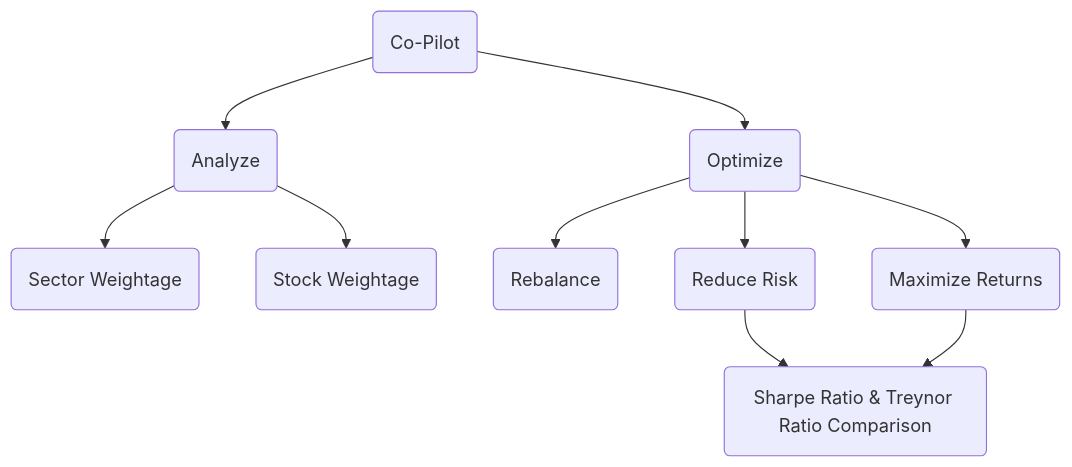
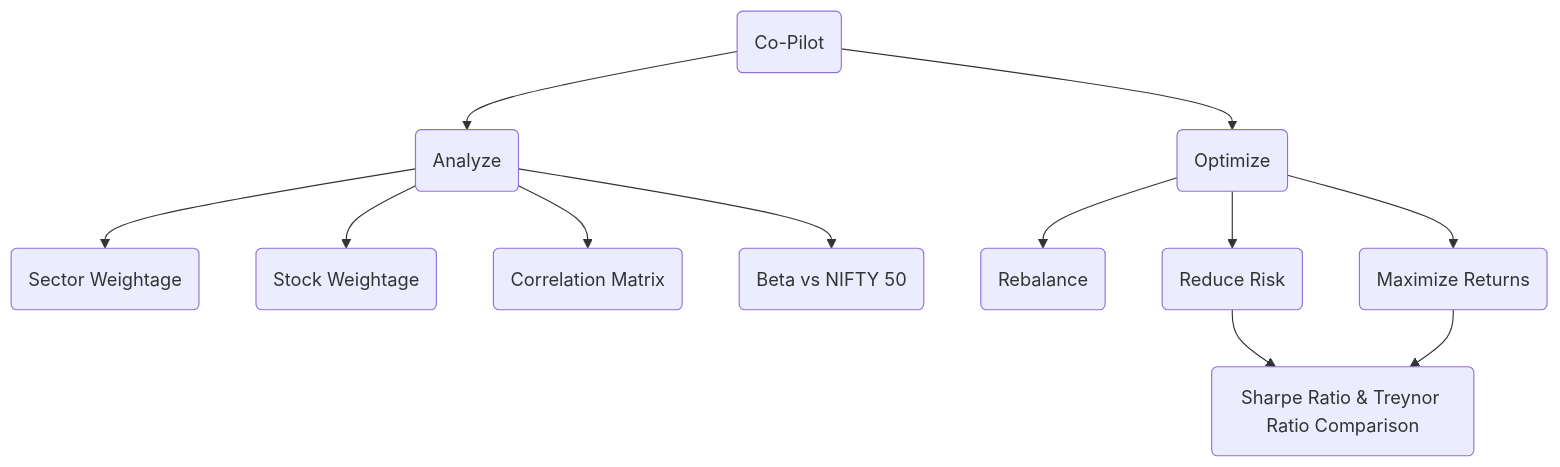
The diagram in HOW_TO_USE.md (hirawatt/finance-tools), drawn with Mermaid before and after one commit. The commit also changed other lines of this file and 11 other files, not shown here.

First line of the commit message:
feat: add correlation, beta and quantstats analytics to Co-Pilot

````diff
--- a/HOW_TO_USE.md
+++ b/HOW_TO_USE.md
@@ -3,7 +3,7 @@
 ```mermaid
 graph TD;
     A(Co-Pilot) --> B(Analyze) & C(Optimize)
-    B --> D(Sector Weightage) & E(Stock Weightage)
+    B --> D(Sector Weightage) & E(Stock Weightage) & J(Correlation Matrix) & K(Beta vs NIFTY 50)
     C --> F(Rebalance) & G(Reduce Risk) & H(Maximize Returns)
     G & H --> I(Sharpe Ratio & Treynor Ratio Comparison)
 ```
````
